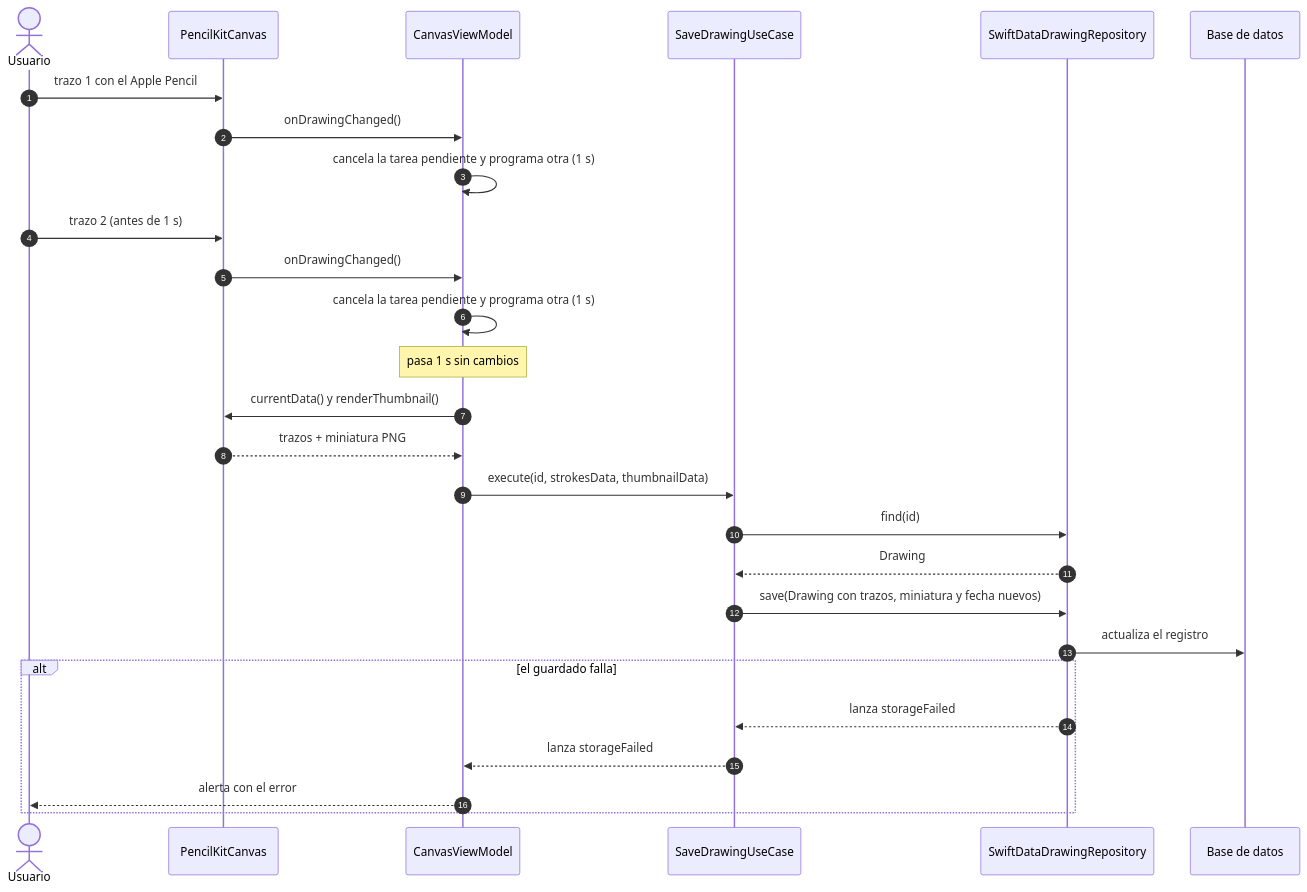
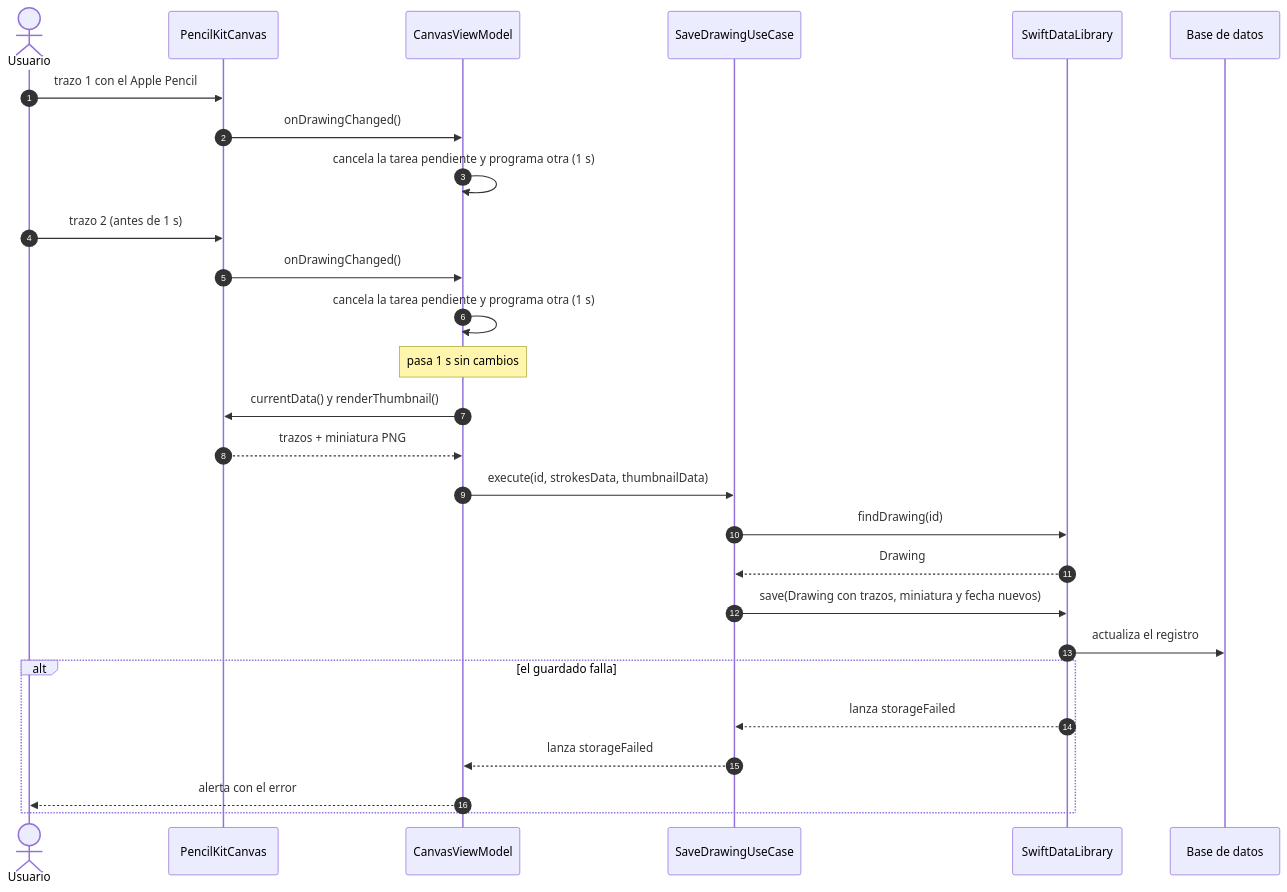
The fifth of 10 diagrams in docs/arquitectura.md (jhonjairo6230/DrawPad), drawn with Mermaid before and after one commit. The commit also changed other lines of this file and 57 other files, not shown here.

````diff
--- a/docs/arquitectura.md
+++ b/docs/arquitectura.md
@@ -374,30 +448,30 @@
 ```mermaid
 sequenceDiagram
     autonumber
     actor U as Usuario
     participant K as PencilKitCanvas
     participant VM as CanvasViewModel
     participant UC as SaveDrawingUseCase
-    participant R as SwiftDataDrawingRepository
+    participant R as SwiftDataLibrary
     participant DB as Base de datos
 
     U->>K: trazo 1 con el Apple Pencil
     K->>VM: onDrawingChanged()
     VM->>VM: cancela la tarea pendiente y programa otra (1 s)
     U->>K: trazo 2 (antes de 1 s)
     K->>VM: onDrawingChanged()
     VM->>VM: cancela la tarea pendiente y programa otra (1 s)
     Note over VM: pasa 1 s sin cambios
     VM->>K: currentData() y renderThumbnail()
     K-->>VM: trazos + miniatura PNG
     VM->>UC: execute(id, strokesData, thumbnailData)
-    UC->>R: find(id)
+    UC->>R: findDrawing(id)
     R-->>UC: Drawing
     UC->>R: save(Drawing con trazos, miniatura y fecha nuevos)
     R->>DB: actualiza el registro
     alt el guardado falla
         R-->>UC: lanza storageFailed
         UC-->>VM: lanza storageFailed
         VM-->>U: alerta con el error
     end
 ```
````
